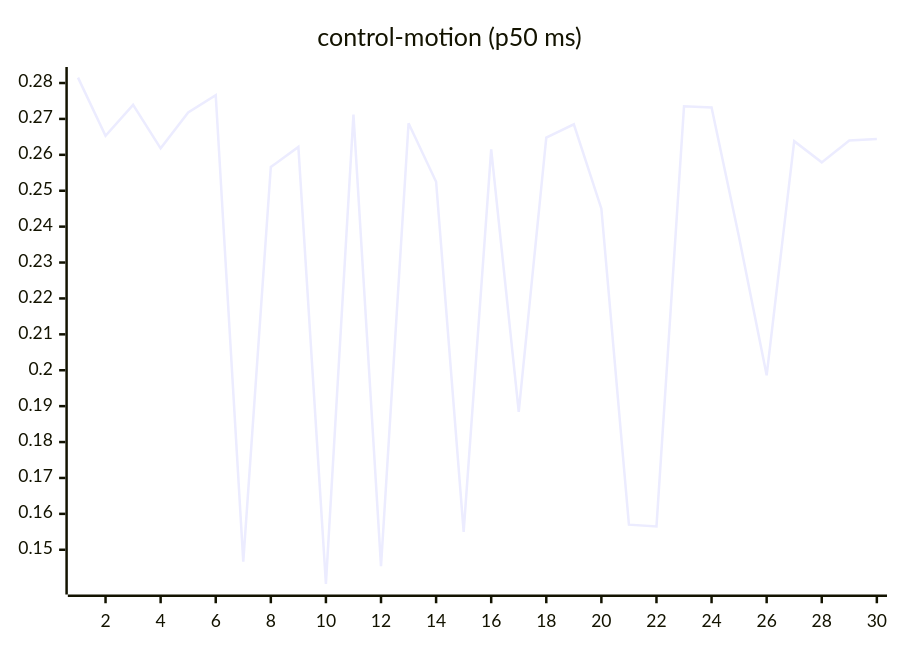
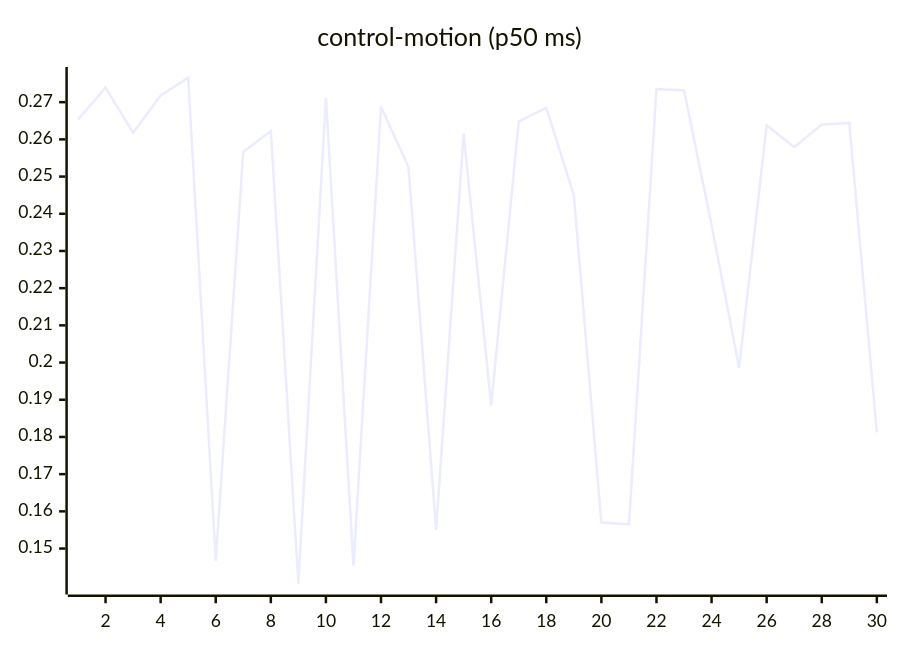
The seventh of 27 diagrams in README.md (josha/Facet), drawn with Mermaid before and after one commit. The commit also changed other lines of this file and 2 other files, not shown here.

````diff
--- a/README.md
+++ b/README.md
@@ -105,6 +105,6 @@
 ```mermaid
 xychart-beta
     title "control-motion (p50 ms)"
     x-axis 1 --> 30
-    line [0.2815, 0.2653, 0.2739, 0.2618, 0.2718, 0.2766, 0.1467, 0.2566, 0.2622, 0.1405, 0.2712, 0.1454, 0.2688, 0.2525, 0.1550, 0.2615, 0.1884, 0.2648, 0.2685, 0.2450, 0.1570, 0.1565, 0.2735, 0.2732, 0.2370, 0.1986, 0.2638, 0.2579, 0.2640, 0.2644]
+    line [0.2653, 0.2739, 0.2618, 0.2718, 0.2766, 0.1467, 0.2566, 0.2622, 0.1405, 0.2712, 0.1454, 0.2688, 0.2525, 0.1550, 0.2615, 0.1884, 0.2648, 0.2685, 0.2450, 0.1570, 0.1565, 0.2735, 0.2732, 0.2370, 0.1986, 0.2638, 0.2579, 0.2640, 0.2644, 0.1812]
 ```
````
